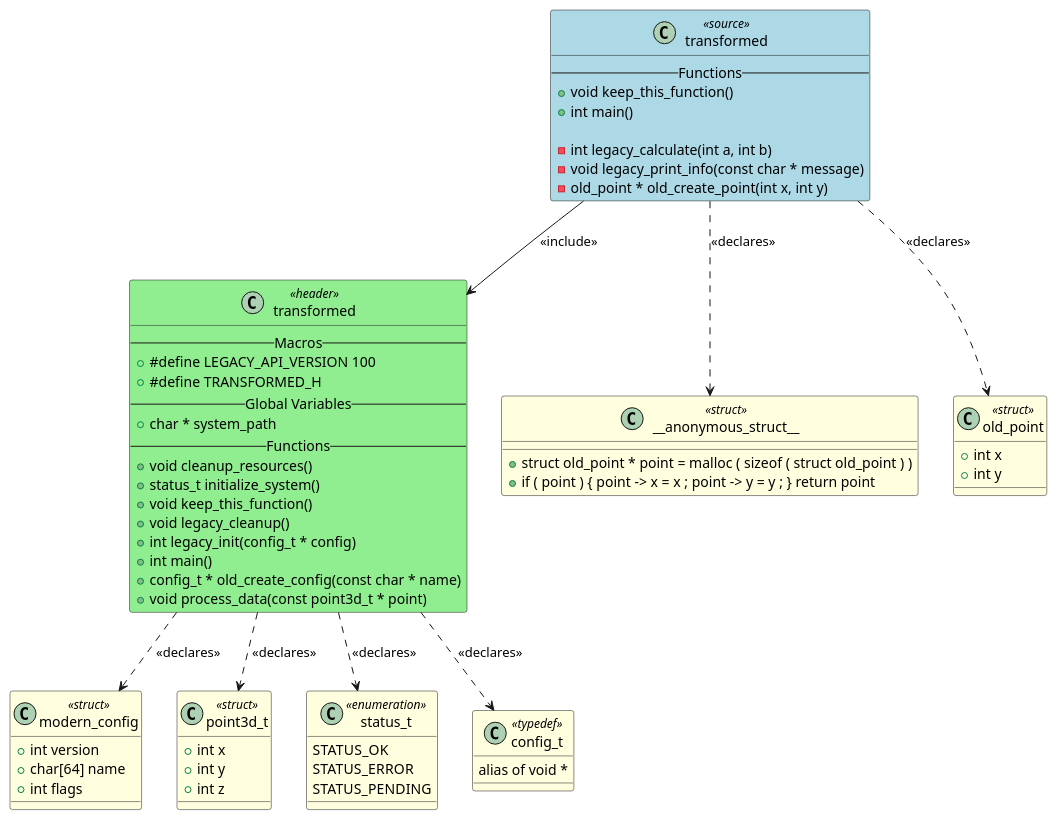
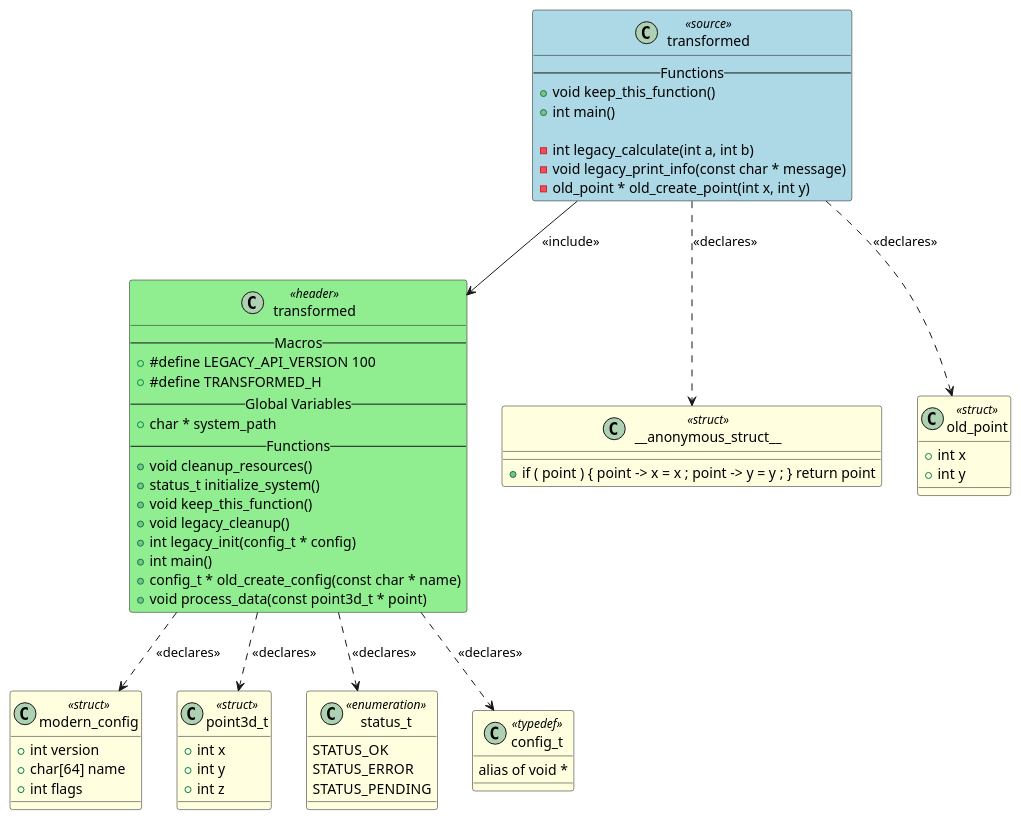
Before and after one commit to fischerjooo/c2puml: the diagram in artifacts/output_example/transformed.puml, drawn with PlantUML. The commit also changed 18 other files, not shown here.

```diff
--- a/artifacts/output_example/transformed.puml
+++ b/artifacts/output_example/transformed.puml
@@ -1,84 +1,83 @@
 @startuml transformed
 
 class "transformed" as TRANSFORMED <<source>> #LightBlue
 {
     -- Functions --
     + void keep_this_function()
     + int main()
 
     - int legacy_calculate(int a, int b)
     - void legacy_print_info(const char * message)
     - old_point * old_create_point(int x, int y)
 }
 
 class "transformed" as HEADER_TRANSFORMED <<header>> #LightGreen
 {
     -- Macros --
     + #define LEGACY_API_VERSION 100
     + #define TRANSFORMED_H
     -- Global Variables --
     + char * system_path
     -- Functions --
     + void cleanup_resources()
     + status_t initialize_system()
     + void keep_this_function()
     + void legacy_cleanup()
     + int legacy_init(config_t * config)
     + int main()
     + config_t * old_create_config(const char * name)
     + void process_data(const point3d_t * point)
 }
 
 class "__anonymous_struct__" as TYPEDEF___ANONYMOUS_STRUCT__ <<struct>> #LightYellow
 {
-    + struct old_point * point = malloc ( sizeof ( struct old_point ) )
     + if ( point ) { point -> x = x ; point -> y = y ; } return point
 }
 
 class "old_point" as TYPEDEF_OLD_POINT <<struct>> #LightYellow
 {
     + int x
     + int y
 }
 
 class "modern_config" as TYPEDEF_MODERN_CONFIG <<struct>> #LightYellow
 {
     + int version
     + char[64] name
     + int flags
 }
 
 class "point3d_t" as TYPEDEF_POINT3D_T <<struct>> #LightYellow
 {
     + int x
     + int y
     + int z
 }
 
 class "status_t" as TYPEDEF_STATUS_T <<enumeration>> #LightYellow
 {
     STATUS_OK
     STATUS_ERROR
     STATUS_PENDING
 }
 
 class "config_t" as TYPEDEF_CONFIG_T <<typedef>> #LightYellow
 {
     alias of void *
 }
 
 
 ' Include relationships
 TRANSFORMED --> HEADER_TRANSFORMED : <<include>>
 
 ' Declaration relationships
 TRANSFORMED ..> TYPEDEF___ANONYMOUS_STRUCT__ : <<declares>>
 TRANSFORMED ..> TYPEDEF_OLD_POINT : <<declares>>
 HEADER_TRANSFORMED ..> TYPEDEF_MODERN_CONFIG : <<declares>>
 HEADER_TRANSFORMED ..> TYPEDEF_POINT3D_T : <<declares>>
 HEADER_TRANSFORMED ..> TYPEDEF_STATUS_T : <<declares>>
 HEADER_TRANSFORMED ..> TYPEDEF_CONFIG_T : <<declares>>
 
 ' Uses relationships
 
 @enduml
```
